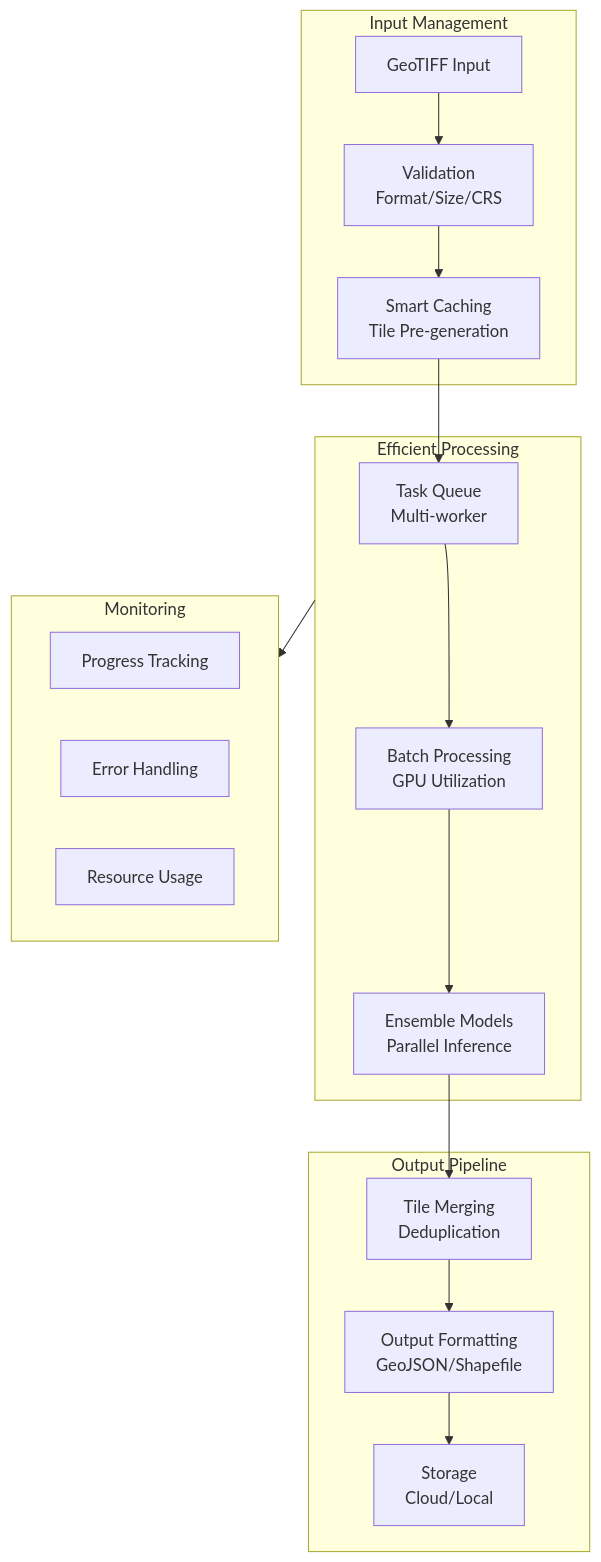
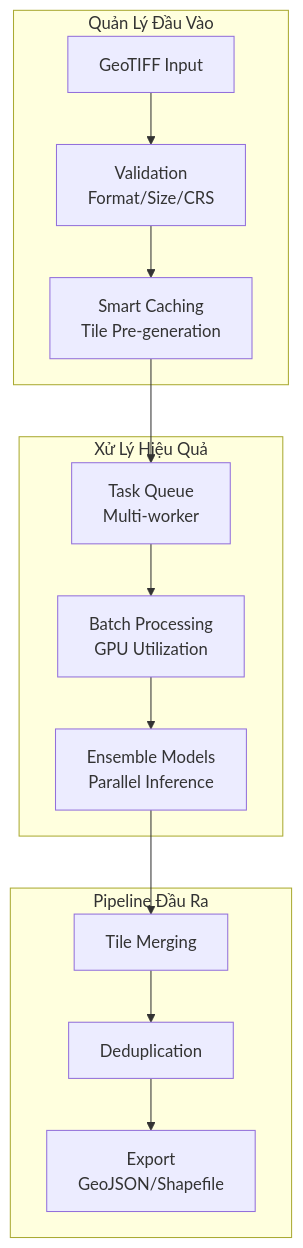
The second of 5 diagrams in research/chuong-06-xview-challenges/muc-01-xview1-object-detection/05-giai-tu.md (rerangst/geobayai_lab), drawn with Mermaid before and after one commit. The commit also changed other lines of this file and 18 other files, not shown here.

````diff
--- a/research/chuong-06-xview-challenges/muc-01-xview1-object-detection/05-giai-tu.md
+++ b/research/chuong-06-xview-challenges/muc-01-xview1-object-detection/05-giai-tu.md
@@ -85,28 +58,22 @@
 ```mermaid
 flowchart TB
-    subgraph Input["Input Management"]
-        GEO[GeoTIFF Input]
-        GEO --> VALIDATE[Validation<br/>Format/Size/CRS]
-        VALIDATE --> CACHE[Smart Caching<br/>Tile Pre-generation]
+    subgraph INPUT["Quản Lý Đầu Vào"]
+        GEO["GeoTIFF Input"]
+        VAL["Validation<br/>Format/Size/CRS"]
+        CACHE["Smart Caching<br/>Tile Pre-generation"]
     end
 
-    subgraph Processing["Efficient Processing"]
-        CACHE --> QUEUE[Task Queue<br/>Multi-worker]
-        QUEUE --> BATCH[Batch Processing<br/>GPU Utilization]
-        BATCH --> MODEL[Ensemble Models<br/>Parallel Inference]
+    subgraph PROCESS["Xử Lý Hiệu Quả"]
+        QUEUE["Task Queue<br/>Multi-worker"]
+        BATCH["Batch Processing<br/>GPU Utilization"]
+        MODEL["Ensemble Models<br/>Parallel Inference"]
     end
 
-    subgraph Output["Output Pipeline"]
-        MODEL --> MERGE[Tile Merging<br/>Deduplication]
-        MERGE --> FORMAT[Output Formatting<br/>GeoJSON/Shapefile]
-        FORMAT --> STORE[Storage<br/>Cloud/Local]
+    subgraph OUTPUT["Pipeline Đầu Ra"]
+        MERGE["Tile Merging"]
+        DEDUP["Deduplication"]
+        EXPORT["Export<br/>GeoJSON/Shapefile"]
     end
 
-    subgraph Monitor["Monitoring"]
-        M1[Progress Tracking]
-        M2[Error Handling]
-        M3[Resource Usage]
-    end
-
-    Processing --> Monitor
+    GEO --> VAL --> CACHE --> QUEUE --> BATCH --> MODEL --> MERGE --> DEDUP --> EXPORT
 ```
````
